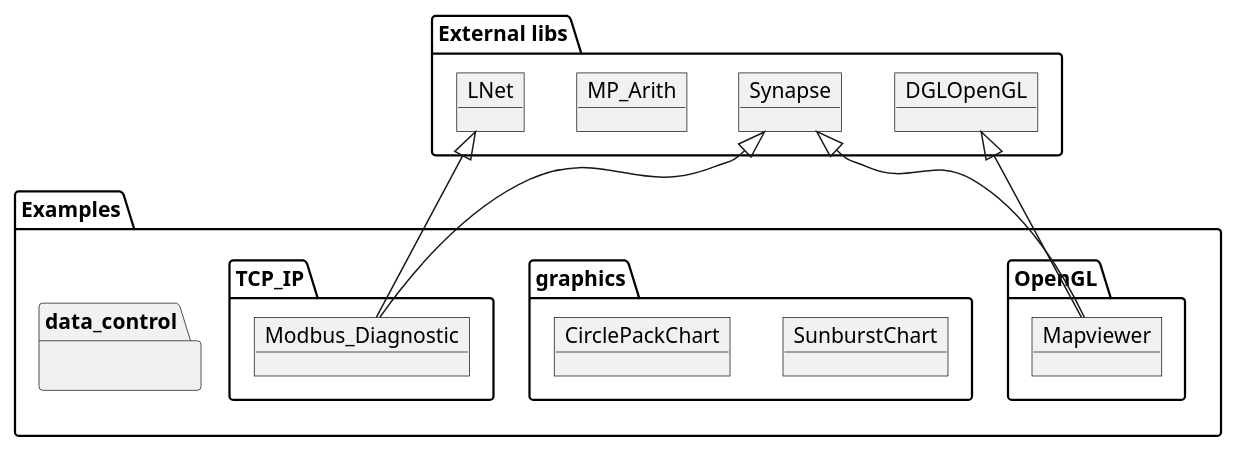
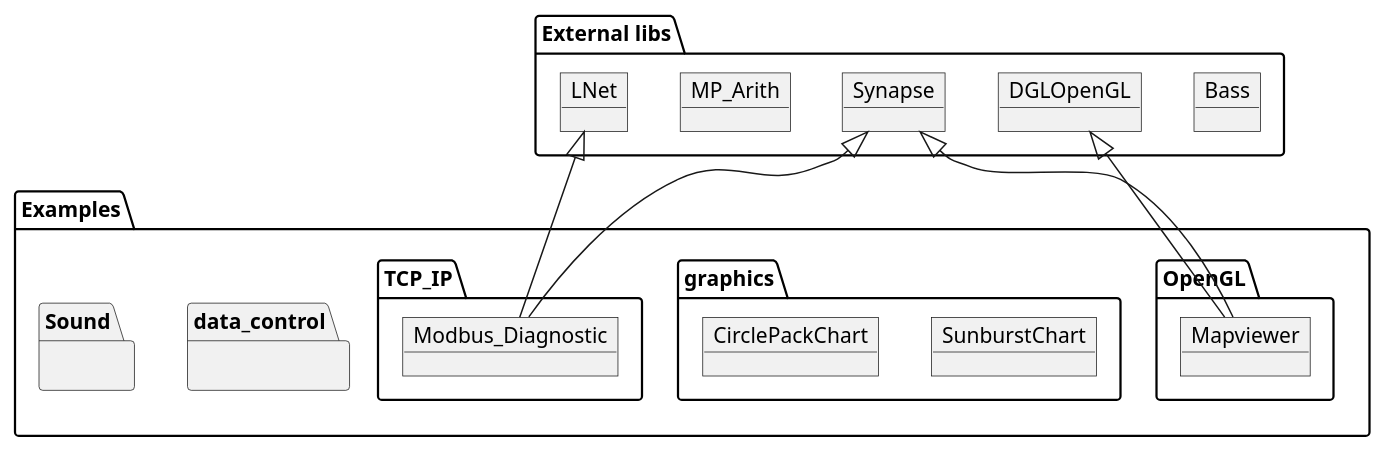
Before and after one commit to PascalCorpsman/Examples: the diagram in overview.plantuml, drawn with PlantUML.

Commit message:
Update overview.plantuml
Add category Sound

```diff
--- a/overview.plantuml
+++ b/overview.plantuml
@@ -2,30 +2,33 @@
 @startuml
 
 package "Examples" {
   package "OpenGL" {
    object Mapviewer
   }
   package "data_control" {
   }
   package "graphics" {
    object SunburstChart
    object CirclePackChart
   }
   package "TCP_IP" {
    object Modbus_Diagnostic
   }
+  package "Sound" {
+   
+  }
 }
 
 package "External libs" {
-object Synapse
+object Bass
+object DGLOpenGL
 object LNet 
 object MP_Arith
-object DGLOpenGL
+object Synapse
 Synapse <|-- Mapviewer 
 DGLOpenGL <|-- Mapviewer 
 Synapse <|-- Modbus_Diagnostic
 LNet <|-- Modbus_Diagnostic
 }
 
-
 @enduml
```
